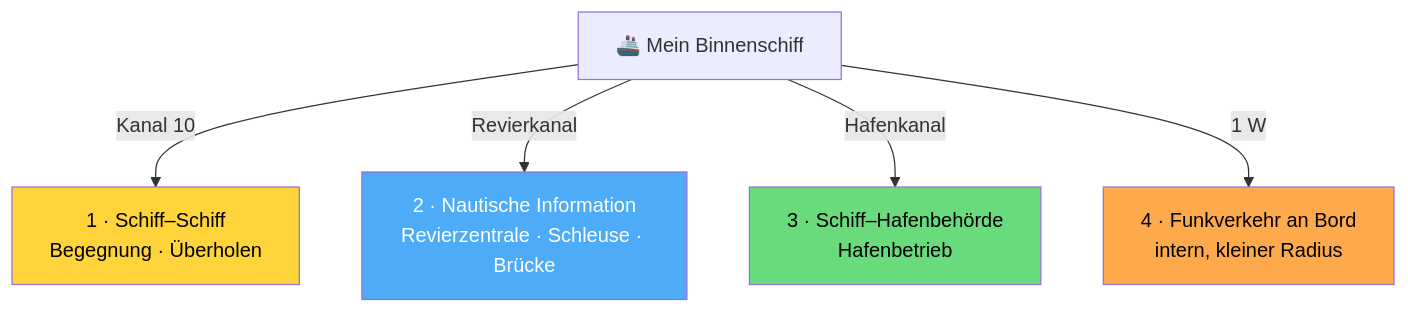
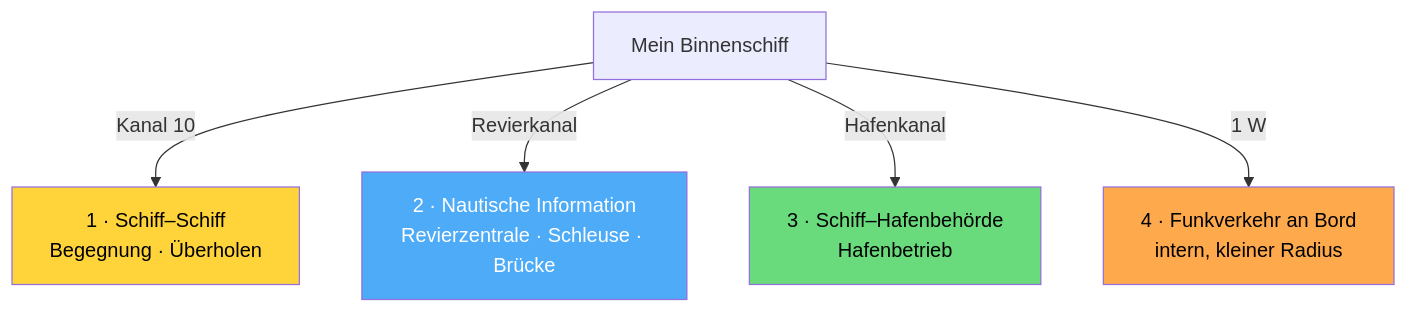
One commit to maaxhe/notes.maximleopold.com changed the diagram in content/Funkkurs/UBI/Funkkurs — UBI Binnenfunk.md. Above: the diagram before and after it, drawn with Mermaid. The commit also changed other lines of this file and 25 other files, not shown here.

````diff
--- a/content/Funkkurs/UBI/Funkkurs — UBI Binnenfunk.md
+++ b/content/Funkkurs/UBI/Funkkurs — UBI Binnenfunk.md
@@ -91,11 +74,11 @@
 ```mermaid
 flowchart TD
-    B[🚢 Mein Binnenschiff] -->|Kanal 10| SS[1 · Schiff–Schiff<br/>Begegnung · Überholen]
-    B -->|Revierkanal| NI[2 · Nautische Information<br/>Revierzentrale · Schleuse · Brücke]
-    B -->|Hafenkanal| HB[3 · Schiff–Hafenbehörde<br/>Hafenbetrieb]
-    B -->|1 W| BD[4 · Funkverkehr an Bord<br/>intern, kleiner Radius]
-    style SS fill:#ffd43b,color:#000
-    style NI fill:#4dabf7,color:#fff
-    style HB fill:#69db7c,color:#000
-    style BD fill:#ffa94d,color:#000
+ B[ Mein Binnenschiff] -->|Kanal 10| SS[1 · Schiff–Schiff<br/>Begegnung · Überholen]
+ B -->|Revierkanal| NI[2 · Nautische Information<br/>Revierzentrale · Schleuse · Brücke]
+ B -->|Hafenkanal| HB[3 · Schiff–Hafenbehörde<br/>Hafenbetrieb]
+ B -->|1 W| BD[4 · Funkverkehr an Bord<br/>intern, kleiner Radius]
+ style SS fill:#ffd43b,color:#000
+ style NI fill:#4dabf7,color:#fff
+ style HB fill:#69db7c,color:#000
+ style BD fill:#ffa94d,color:#000
 ```
````
